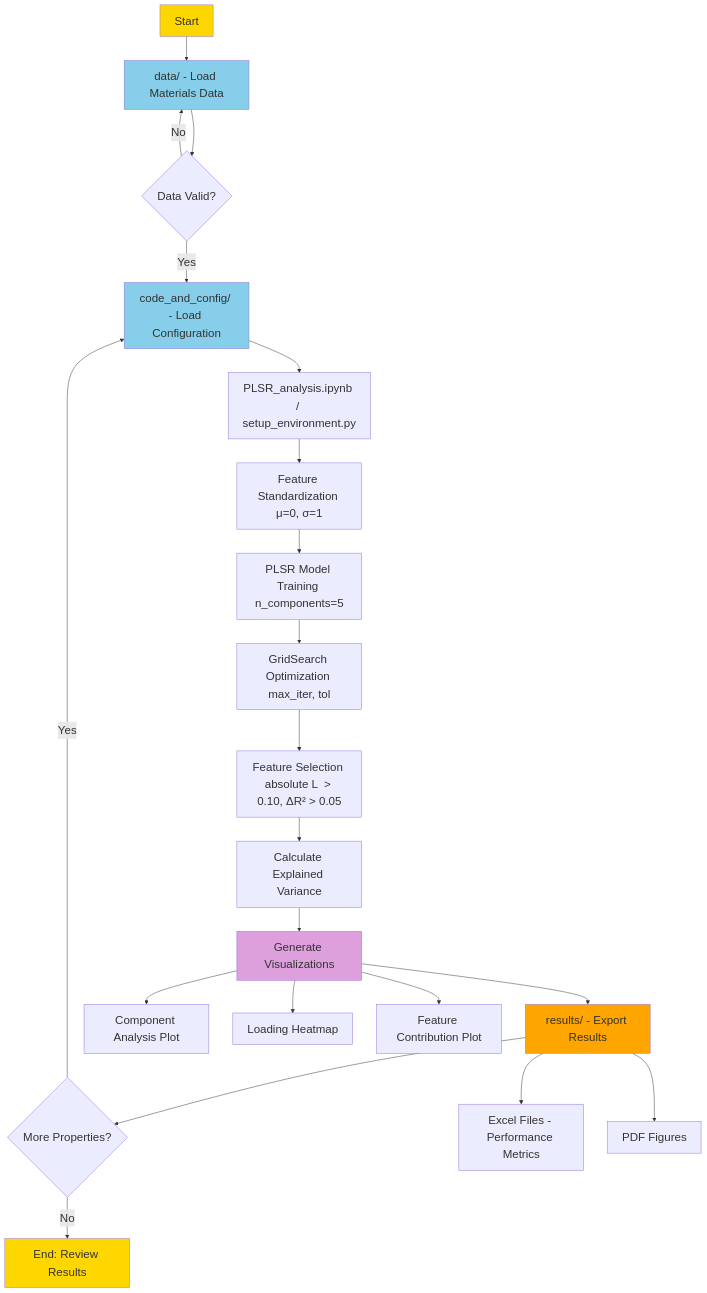
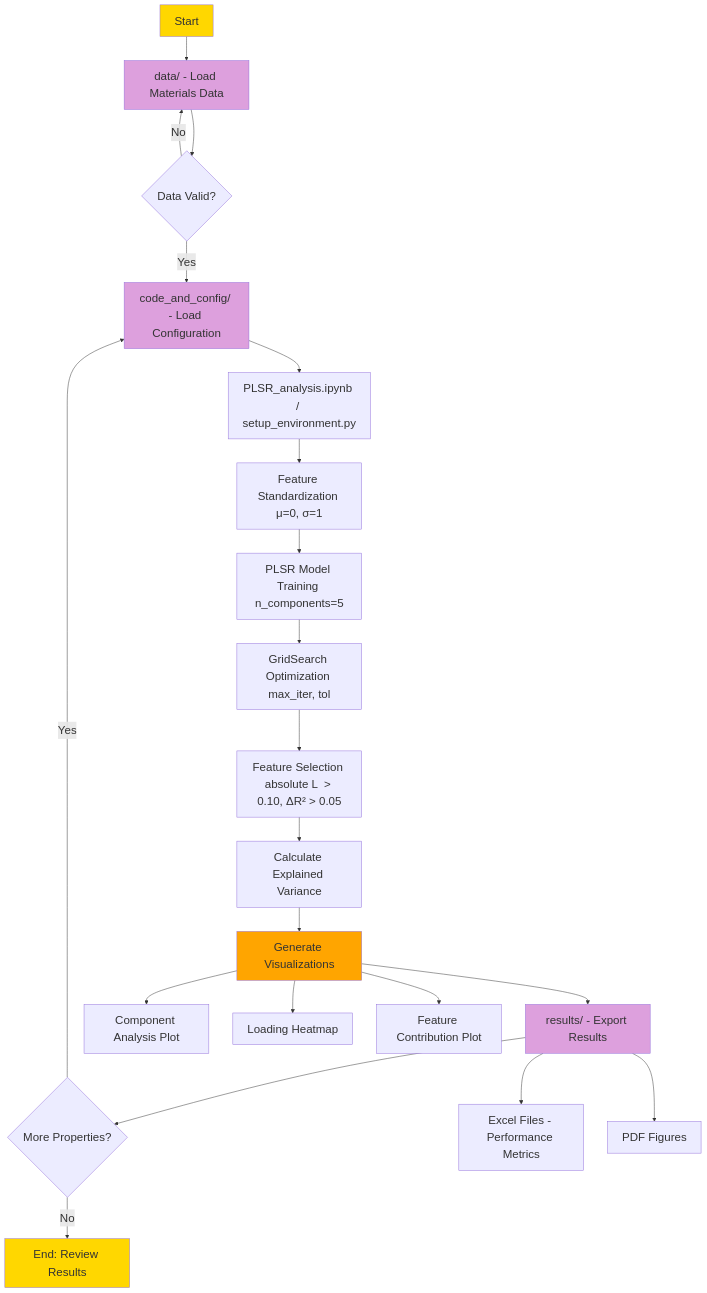
Before and after one commit to Shaswat-qm-researcher/Physics-Informed-Symbolic-Regression-for-Phonon-Related-Property-Prediction-and-Materials-Discovery: the diagram in plsr_feature_selection/README.md, drawn with Mermaid.

````diff
--- a/plsr_feature_selection/README.md
+++ b/plsr_feature_selection/README.md
@@ -24,46 +24,46 @@
 ```mermaid
 flowchart TD
     A[Start] --> B[data/ - Load Materials Data]
     B --> C{Data Valid?}
     C -->|No| B
     C -->|Yes| D[code_and_config/ - Load Configuration]
     D --> E[PLSR_analysis.ipynb / setup_environment.py]
     E --> F[Feature Standardization μ=0, σ=1]
     F --> G[PLSR Model Training n_components=5]
     G --> H[GridSearch Optimization max_iter, tol]
     H --> I[Feature Selection absolute L  > 0.10, ΔR² > 0.05]
     I --> J[Calculate Explained Variance]
     J --> K[Generate Visualizations]
     K --> L[results/ - Export Results]
     L --> M{More Properties?}
     M -->|Yes| D
     M -->|No| N[End: Review Results]
     
     K --> K1[Component Analysis Plot]
     K --> K2[Loading Heatmap]
     K --> K3[Feature Contribution Plot]
     
     L --> L1[Excel Files - Performance Metrics]
     L --> L2[PDF Figures]
 
 style A fill:#FFD700, font-size:24px, font-family:Arial
-style B fill:#87CEEB, font-size:24px, font-family:Arial
+style B fill:#DDA0DD, font-size:24px, font-family:Arial
 style C font-size:24px, font-family:Arial
-style D fill:#87CEEB, font-size:24px, font-family:Arial
+style D fill:#DDA0DD, font-size:24px, font-family:Arial
 style E font-size:24px, font-family:Arial
 style F font-size:24px, font-family:Arial
 style G font-size:24px, font-family:Arial
 style H font-size:24px, font-family:Arial
 style I font-size:24px, font-family:Arial
 style J font-size:24px, font-family:Arial
-style K fill:#DDA0DD, font-size:24px, font-family:Arial
+style K fill:#FFA500, font-size:24px, font-family:Arial
 style K1 font-size:24px, font-family:Arial
 style K2 font-size:24px, font-family:Arial
 style K3 font-size:24px, font-family:Arial
-style L fill:#FFA500, font-size:24px, font-family:Arial
+style L fill:#DDA0DD, font-size:24px, font-family:Arial
 style L1 font-size:24px, font-family:Arial
 style L2 font-size:24px, font-family:Arial
 style M font-size:24px, font-family:Arial
 style N fill:#FFD700, font-size:24px, font-family:Arial
 linkStyle 0,1,2,3,4,5,6,7,8,9,10,11,12,13,14,15 font-size:24px, font-family:Arial
 ```
````
